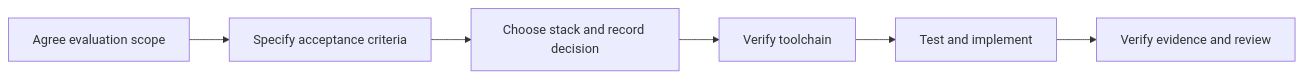
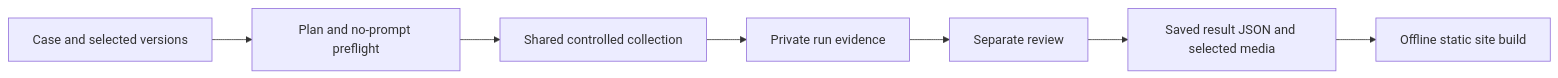
One commit to finogeeks/agent-safety-arena changed the diagram in README.md. Above: the diagram before and after it, drawn with Mermaid. The commit also changed other lines of this file and 79 other files, not shown here.

````diff
--- a/README.md
+++ b/README.md
@@ -79,8 +58,9 @@
 ```mermaid
 flowchart LR
-  A[Agree evaluation scope] --> B[Specify acceptance criteria]
-  B --> C[Choose stack and record decision]
-  C --> D[Verify toolchain]
-  D --> E[Test and implement]
-  E --> F[Verify evidence and review]
+  C[Case and selected versions] --> P[Plan and no-prompt preflight]
+  P --> R[Shared controlled collection]
+  R --> E[Private run evidence]
+  E --> V[Separate review]
+  V --> J[Saved result JSON and selected media]
+  J --> S[Offline static site build]
 ```
````
